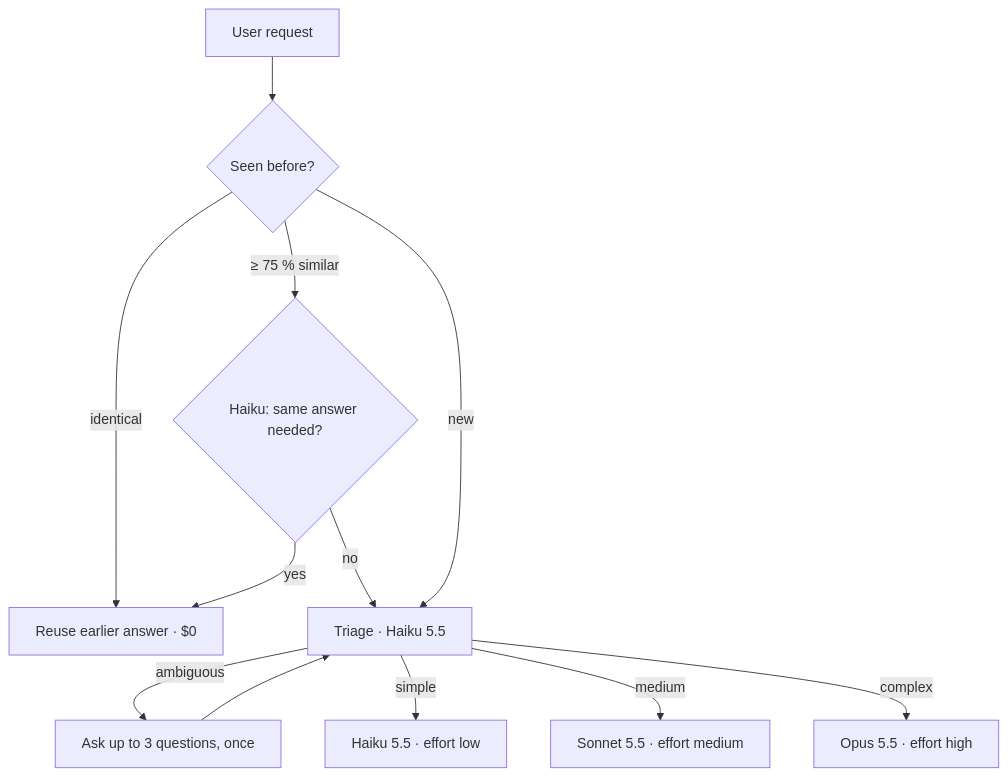
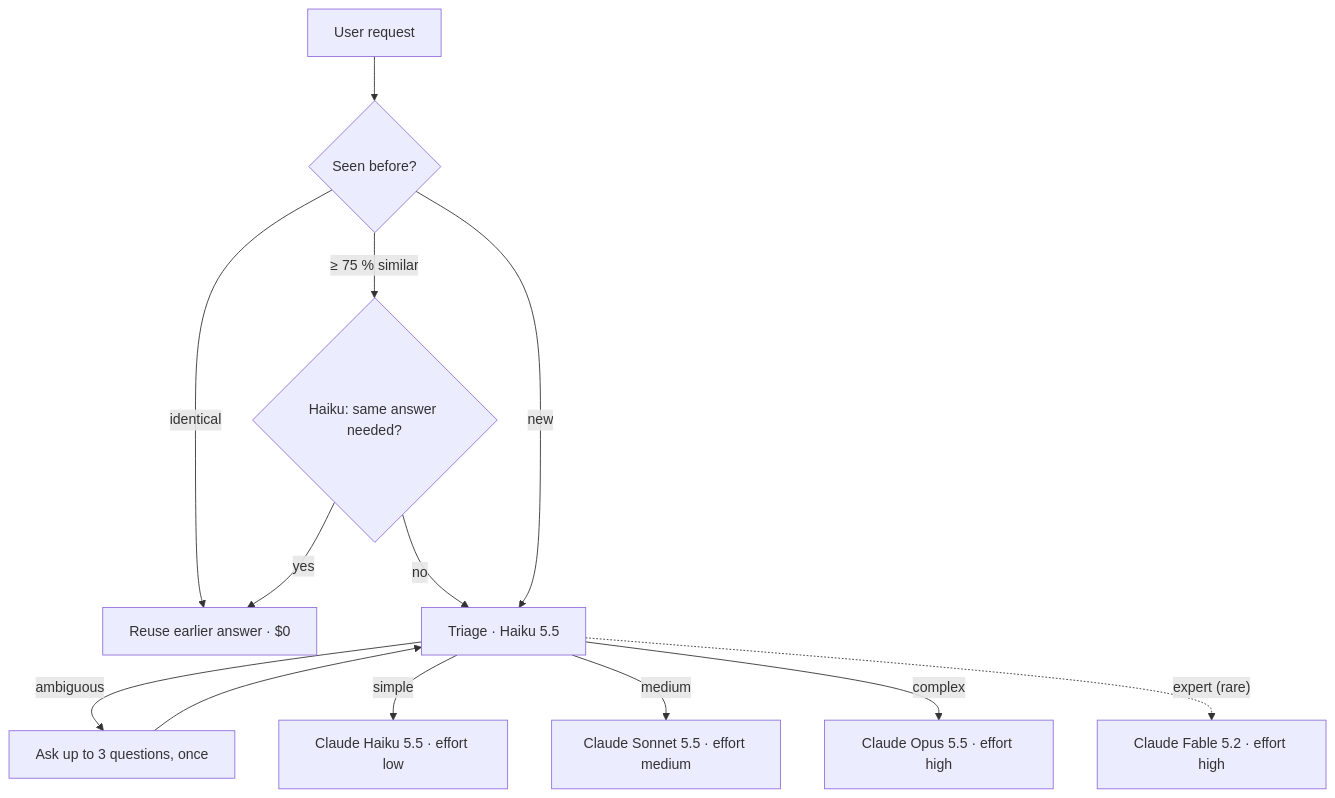
One commit to JacobRoche123/codejam-2026 changed the second of 13 diagrams in README.md. Above: the diagram before and after it, drawn with Mermaid. The commit also changed other lines of this file and 3 other files, not shown here.

````diff
--- a/README.md
+++ b/README.md
@@ -38,14 +40,15 @@
 ```mermaid
 flowchart TD
     A[User request] --> B{Seen before?}
     B -- identical --> Z["Reuse earlier answer · $0"]
     B -- "≥ 75 % similar" --> C{"Haiku: same answer needed?"}
     C -- yes --> Z
     C -- no --> D
     B -- new --> D["Triage · Haiku 5.5"]
     D -- ambiguous --> Q["Ask up to 3 questions, once"]
     Q --> D
-    D -- simple --> H["Haiku 5.5 · effort low"]
-    D -- medium --> S["Sonnet 5.5 · effort medium"]
-    D -- complex --> O["Opus 5.5 · effort high"]
+    D -- simple --> H["Claude Haiku 5.5 · effort low"]
+    D -- medium --> S["Claude Sonnet 5.5 · effort medium"]
+    D -- complex --> O["Claude Opus 5.5 · effort high"]
+    D -. "expert (rare)" .-> F["Claude Fable 5.2 · effort high"]
 ```
````
